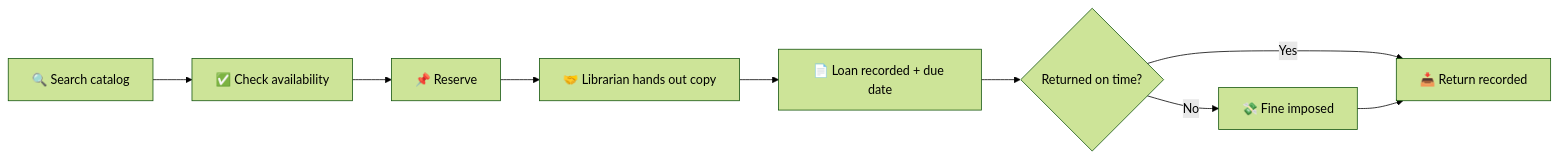
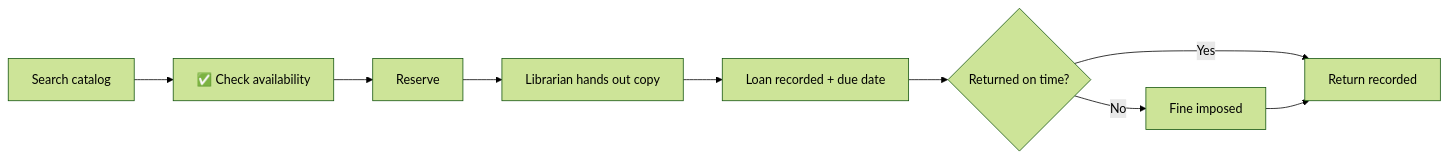
Before and after one commit to erionelezaj/LibrarySystem-SW-Design-Principles: the diagram in README.md, drawn with Mermaid (forest theme). The commit also changed other lines of this file, not shown here.

````diff
--- a/README.md
+++ b/README.md
@@ -122,11 +120,11 @@
 ```mermaid
 flowchart LR
-    A[🔍 Search catalog] --> B[✅ Check availability]
-    B --> C[📌 Reserve]
-    C --> D[🤝 Librarian hands out copy]
-    D --> E[📄 Loan recorded + due date]
+    A[ Search catalog] --> B[✅ Check availability]
+    B --> C[ Reserve]
+    C --> D[ Librarian hands out copy]
+    D --> E[ Loan recorded + due date]
     E --> F{Returned on time?}
-    F -- Yes --> G[📥 Return recorded]
-    F -- No --> H[💸 Fine imposed]
+    F -- Yes --> G[ Return recorded]
+    F -- No --> H[ Fine imposed]
     H --> G
 ```
````
